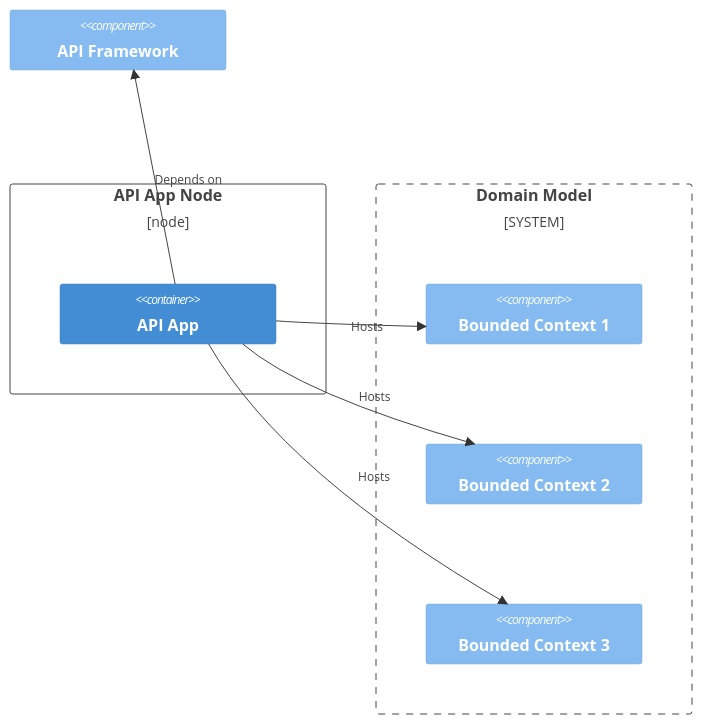
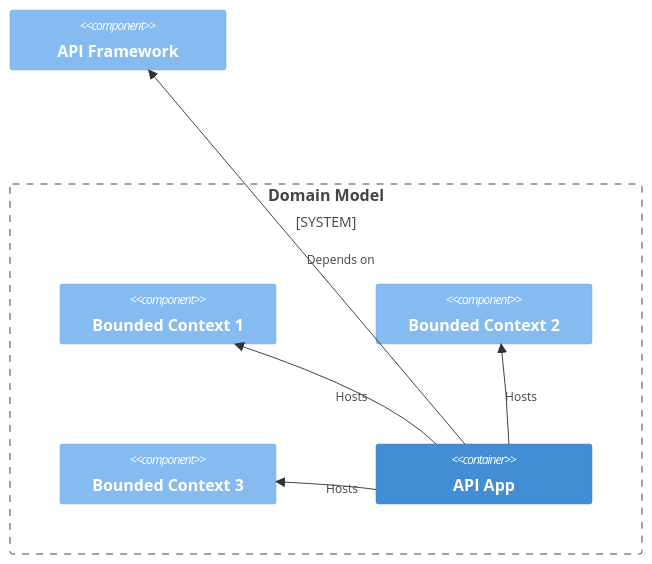
Before and after one commit to gyuwon/ArchitecturalRunwayGuidelines: diagram 12 of 27 in README.md, drawn with Mermaid. The commit also changed other lines of this file, not shown here.

Commit message:
Bounded Context 호스팅 다이어그램 수정

````diff
--- a/README.md
+++ b/README.md
@@ -413,22 +408,19 @@
 ```mermaid
 C4Context
 
-Deployment_Node(an, "API App Node") {
-  Container(a, "API App")
-}
+Component(f, "API Framework")
 
 System_Boundary(dmb, "Domain Model") {
   Component(bc1, "Bounded Context 1")
   Component(bc2, "Bounded Context 2")
   Component(bc3, "Bounded Context 3")
+  Container(a, "API App")
 }
 
-Component(f, "API Framework")
-
-UpdateLayoutConfig($c4ShapeInRow="2")
+UpdateLayoutConfig($c4ShapeInRow="3")
 
 Rel(a, f, "Depends on")
 Rel(a, bc1, "Hosts")
 Rel(a, bc2, "Hosts")
 Rel(a, bc3, "Hosts")
 ```
````
